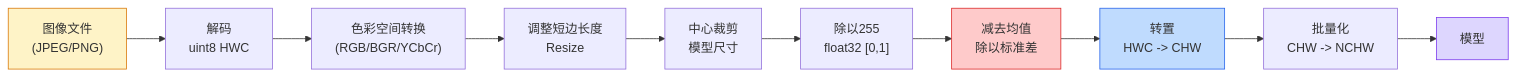
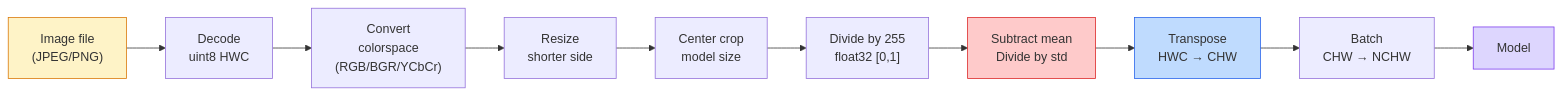
One commit to omigaZen/ai-engineering-from-scratch changed the first of 2 diagrams in phases/04-computer-vision/01-image-fundamentals/docs/zh.md. Above: the diagram before and after it, drawn with Mermaid. The commit also changed other lines of this file and 9 other files, not shown here.

````diff
--- a/phases/04-computer-vision/01-image-fundamentals/docs/zh.md
+++ b/phases/04-computer-vision/01-image-fundamentals/docs/zh.md
@@ -31,17 +31,17 @@
 ```mermaid
 flowchart LR
-    A["图像文件<br/>(JPEG/PNG)"] --> B["解码<br/>uint8 HWC"]
-    B --> C["色彩空间转换<br/>(RGB/BGR/YCbCr)"]
-    C --> D["调整短边长度<br/>Resize"]
-    D --> E["中心裁剪<br/>模型尺寸"]
-    E --> F["除以255<br/>float32 [0,1]"]
-    F --> G["减去均值<br/>除以标准差"]
-    G --> H["转置<br/>HWC -> CHW"]
-    H --> I["批量化<br/>CHW -> NCHW"]
-    I --> J["模型"]
+    A["Image file<br/>(JPEG/PNG)"] --> B["Decode<br/>uint8 HWC"]
+    B --> C["Convert<br/>colorspace<br/>(RGB/BGR/YCbCr)"]
+    C --> D["Resize<br/>shorter side"]
+    D --> E["Center crop<br/>model size"]
+    E --> F["Divide by 255<br/>float32 [0,1]"]
+    F --> G["Subtract mean<br/>Divide by std"]
+    G --> H["Transpose<br/>HWC → CHW"]
+    H --> I["Batch<br/>CHW → NCHW"]
+    I --> J["Model"]
 
     style A fill:#fef3c7,stroke:#d97706
     style J fill:#ddd6fe,stroke:#7c3aed
     style G fill:#fecaca,stroke:#dc2626
     style H fill:#bfdbfe,stroke:#2563eb
 ```
````
